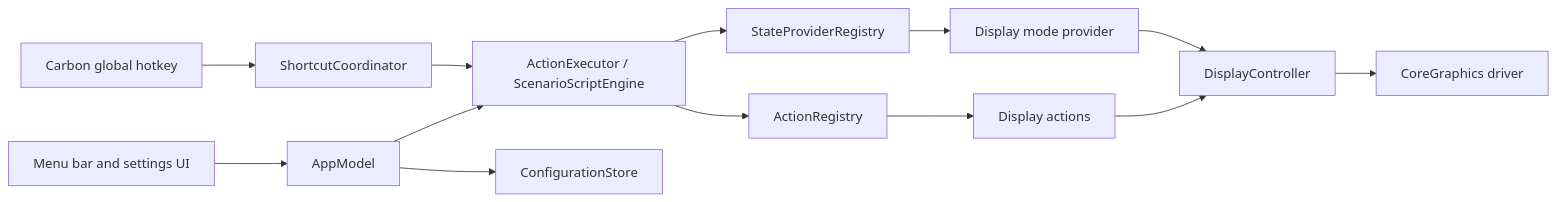
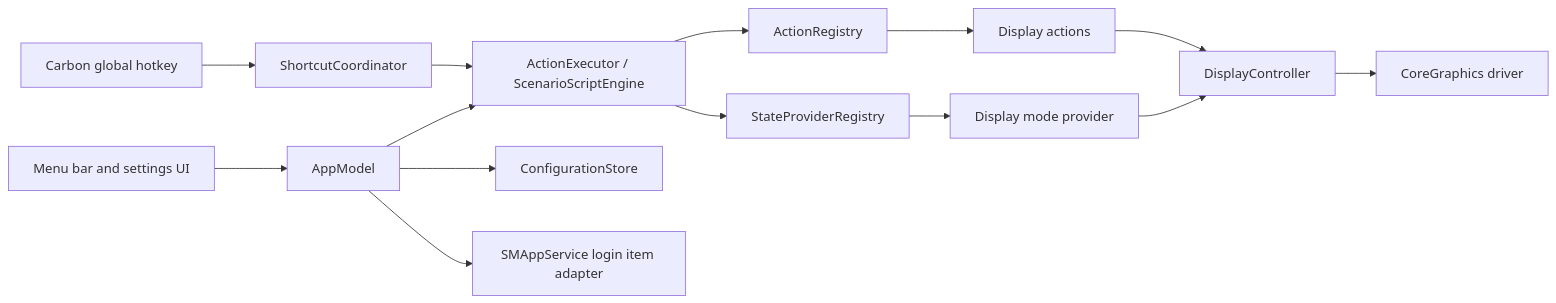
One commit to witqq/mac-utils changed the diagram in docs/ARCHITECTURE.md. Above: the diagram before and after it, drawn with Mermaid. The commit also changed other lines of this file and 67 other files, not shown here.

````diff
--- a/docs/ARCHITECTURE.md
+++ b/docs/ARCHITECTURE.md
@@ -7,15 +7,16 @@
 ```mermaid
 flowchart LR
     UI[Menu bar and settings UI] --> Model[AppModel]
     Hotkey[Carbon global hotkey] --> Coordinator[ShortcutCoordinator]
     Model --> Executor[ActionExecutor / ScenarioScriptEngine]
     Coordinator --> Executor
     Executor --> Actions[ActionRegistry]
     Executor --> Providers[StateProviderRegistry]
     Actions --> Display[Display actions]
     Providers --> DisplayState[Display mode provider]
     Display --> Controller[DisplayController]
     DisplayState --> Controller
     Controller --> CoreGraphics[CoreGraphics driver]
     Model --> Store[ConfigurationStore]
+    Model --> Login[SMAppService login item adapter]
 ```
````
